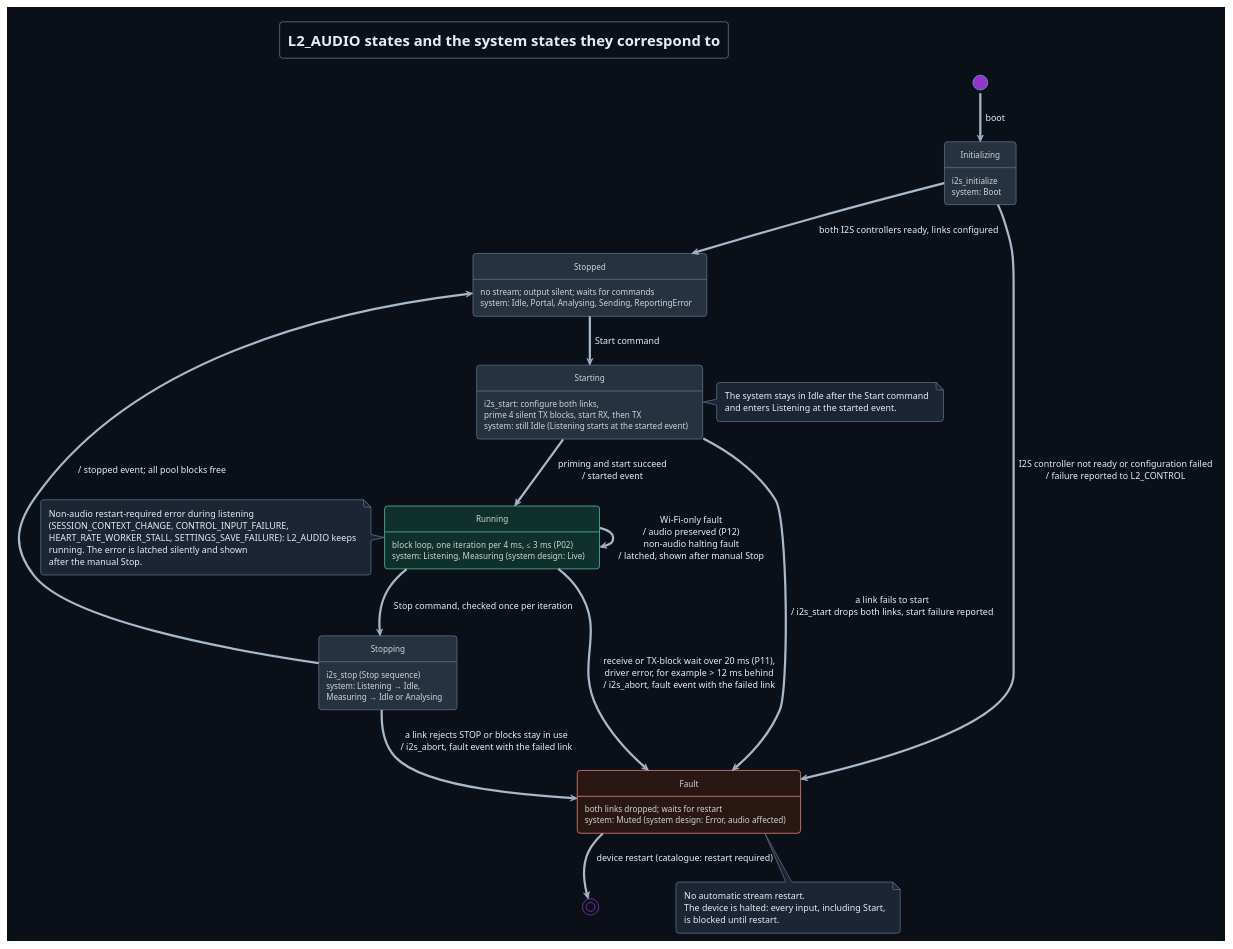
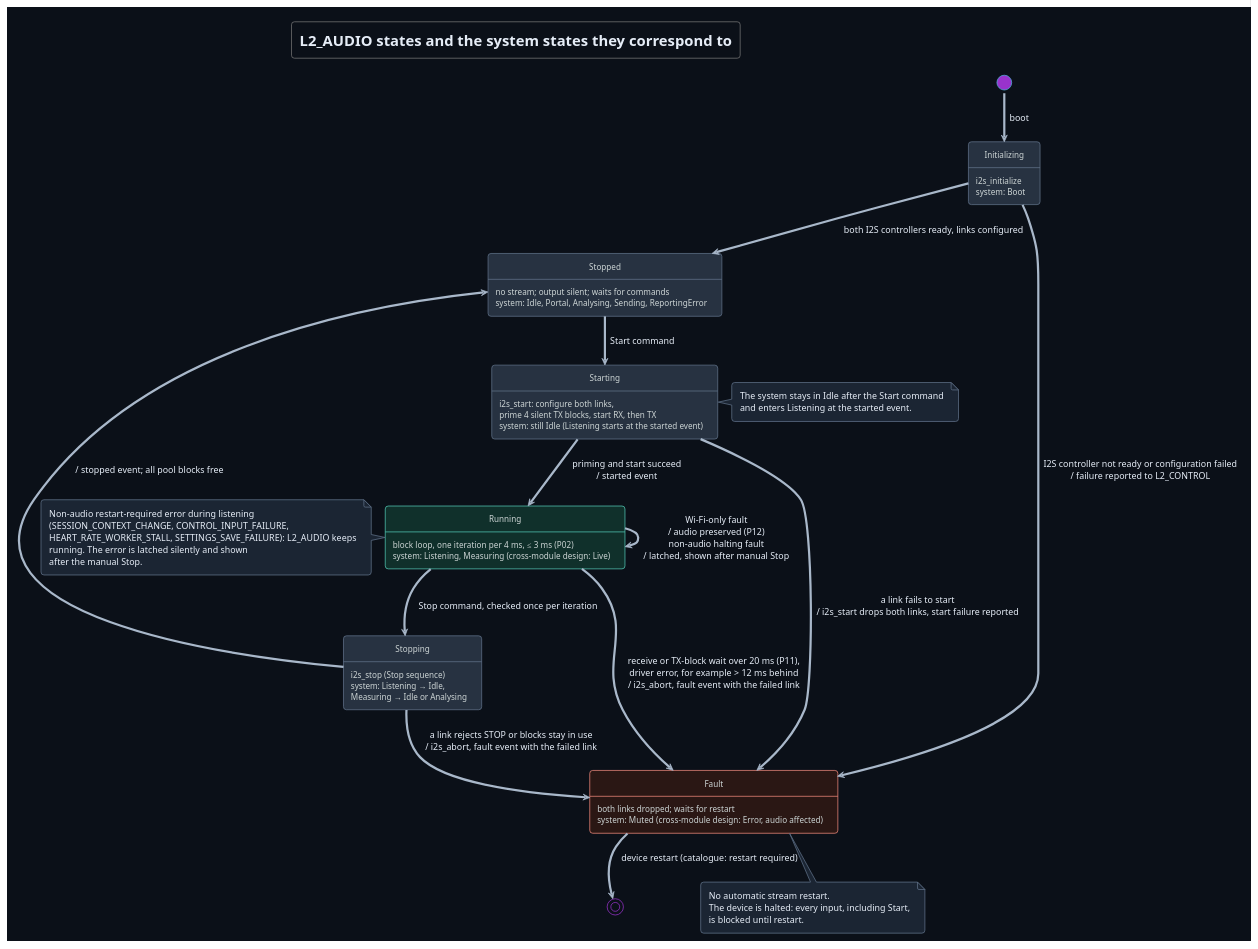
One commit to DemonicPsychoII/DigitalStethoscope changed the diagram in Development/system/design/AUDIO/puml/audio-state.puml. Above: the diagram before and after it, drawn with PlantUML. The commit also changed 59 other files, not shown here.

First line of the commit message:
refactor: move the system design into the architecture and the module designs

```diff
--- a/Development/system/design/AUDIO/puml/audio-state.puml
+++ b/Development/system/design/AUDIO/puml/audio-state.puml
@@ -1,63 +1,63 @@
 @startuml audio_state
 !theme cyborg
 !pragma layout smetana
 skinparam shadowing false
 skinparam defaultFontName SansSerif
 skinparam backgroundColor #0b1018
 skinparam defaultFontColor #e6edf7
 skinparam ArrowColor #a9b8ca
 skinparam ArrowFontColor #e6edf7
 skinparam state {
  BackgroundColor #273241
  BorderColor #61738a
  FontColor #e6edf7
  AttributeFontColor #cdd5d5
  BackgroundColor<<running>> #10302b
  BorderColor<<running>> #52c7b4
  BackgroundColor<<fault>> #2a1714
  BorderColor<<fault>> #f08a7c
  BackgroundColor<<unclear>> #3a3320
  BorderColor<<unclear>> #dcbb63
 }
 skinparam note {
  BackgroundColor #1b2533
  BorderColor #61738a
  FontColor #e6edf7
 }
 title L2_AUDIO states and the system states they correspond to
 hide empty description
 state "Initializing" as Initializing : i2s_initialize\nsystem: Boot
 state "Stopped" as Stopped : no stream; output silent; waits for commands\nsystem: Idle, Portal, Analysing, Sending, ReportingError
 state "Starting" as Starting : i2s_start: configure both links,\nprime 4 silent TX blocks, start RX, then TX\nsystem: still Idle (Listening starts at the started event)
-state "Running" as Running <<running>> : block loop, one iteration per 4 ms, ≤ 3 ms (P02)\nsystem: Listening, Measuring (system design: Live)
+state "Running" as Running <<running>> : block loop, one iteration per 4 ms, ≤ 3 ms (P02)\nsystem: Listening, Measuring (cross-module design: Live)
 state "Stopping" as Stopping : i2s_stop (Stop sequence)\nsystem: Listening → Idle,\nMeasuring → Idle or Analysing
-state "Fault" as Fault <<fault>> : both links dropped; waits for restart\nsystem: Muted (system design: Error, audio affected)
+state "Fault" as Fault <<fault>> : both links dropped; waits for restart\nsystem: Muted (cross-module design: Error, audio affected)
 [*] --> Initializing : boot
 Initializing --> Stopped : both I2S controllers ready, links configured
 Initializing --> Fault : I2S controller not ready or configuration failed\n/ failure reported to L2_CONTROL
 Stopped --> Starting : Start command
 Starting --> Running : priming and start succeed\n/ started event
 Starting --> Fault : a link fails to start\n/ i2s_start drops both links, start failure reported
 Running --> Stopping : Stop command, checked once per iteration
 Stopping --> Stopped : / stopped event; all pool blocks free
 Stopping --> Fault : a link rejects STOP or blocks stay in use\n/ i2s_abort, fault event with the failed link
 Running --> Fault : receive or TX-block wait over 20 ms (P11),\ndriver error, for example > 12 ms behind\n/ i2s_abort, fault event with the failed link
 Running --> Running : Wi-Fi-only fault\n/ audio preserved (P12)\nnon-audio halting fault\n/ latched, shown after manual Stop
 Fault --> [*] : device restart (catalogue: restart required)
 note bottom of Fault
   No automatic stream restart.
   The device is halted: every input, including Start,
   is blocked until restart.
 end note
 note left of Running
   Non-audio restart-required error during listening
   (SESSION_CONTEXT_CHANGE, CONTROL_INPUT_FAILURE,
   HEART_RATE_WORKER_STALL, SETTINGS_SAVE_FAILURE): L2_AUDIO keeps
   running. The error is latched silently and shown
   after the manual Stop.
 end note
 note right of Starting
   The system stays in Idle after the Start command
   and enters Listening at the started event.
 end note
 @enduml
```
